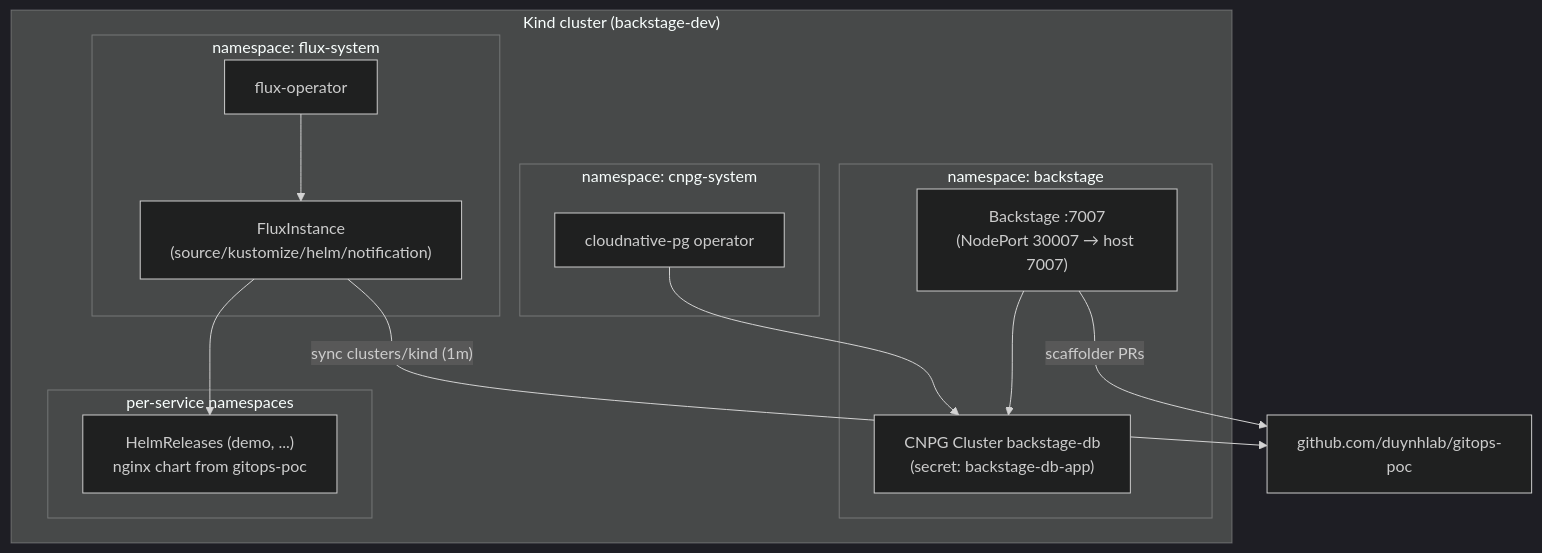
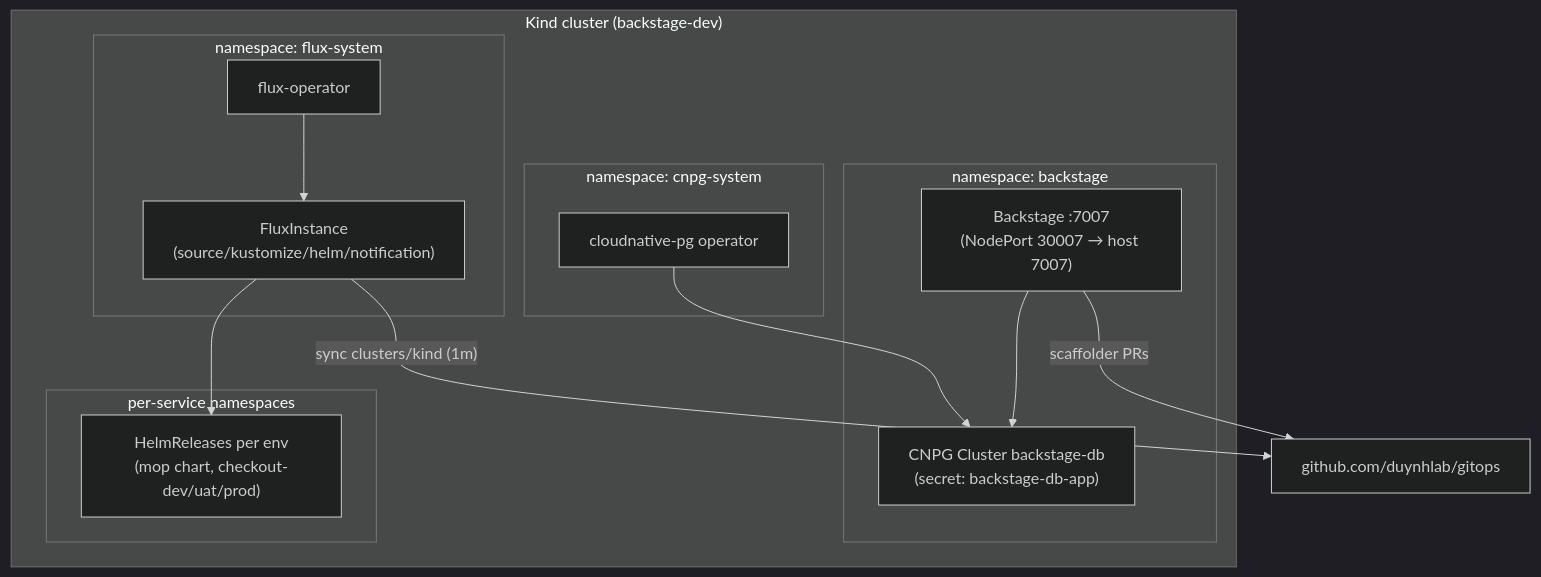
Before and after one commit to duynhlab/backstage: the diagram in deploy/README.md, drawn with Mermaid (dark theme). The commit also changed other lines of this file and 16 other files, not shown here.

````diff
--- a/deploy/README.md
+++ b/deploy/README.md
@@ -15,24 +15,24 @@
 ```mermaid
 flowchart TD
     subgraph kind ["Kind cluster (backstage-dev)"]
         subgraph nsBackstage ["namespace: backstage"]
             DB["CNPG Cluster backstage-db\n(secret: backstage-db-app)"]
             BS["Backstage :7007\n(NodePort 30007 → host 7007)"]
             BS --> DB
         end
         subgraph nsCnpg ["namespace: cnpg-system"]
             CNPG["cloudnative-pg operator"]
         end
         subgraph nsFlux ["namespace: flux-system"]
             FluxOp["flux-operator"] --> Flux["FluxInstance\n(source/kustomize/helm/notification)"]
         end
         subgraph apps ["per-service namespaces"]
-            HR["HelmReleases (demo, ...)\nnginx chart from gitops-poc"]
+            HR["HelmReleases per env\n(mop chart, checkout-dev/uat/prod)"]
         end
         CNPG --> DB
         Flux --> HR
     end
-    GitOps["github.com/duynhlab/gitops-poc"]
+    GitOps["github.com/duynhlab/gitops"]
     Flux -->|"sync clusters/kind (1m)"| GitOps
     BS -->|"scaffolder PRs"| GitOps
 ```
````
